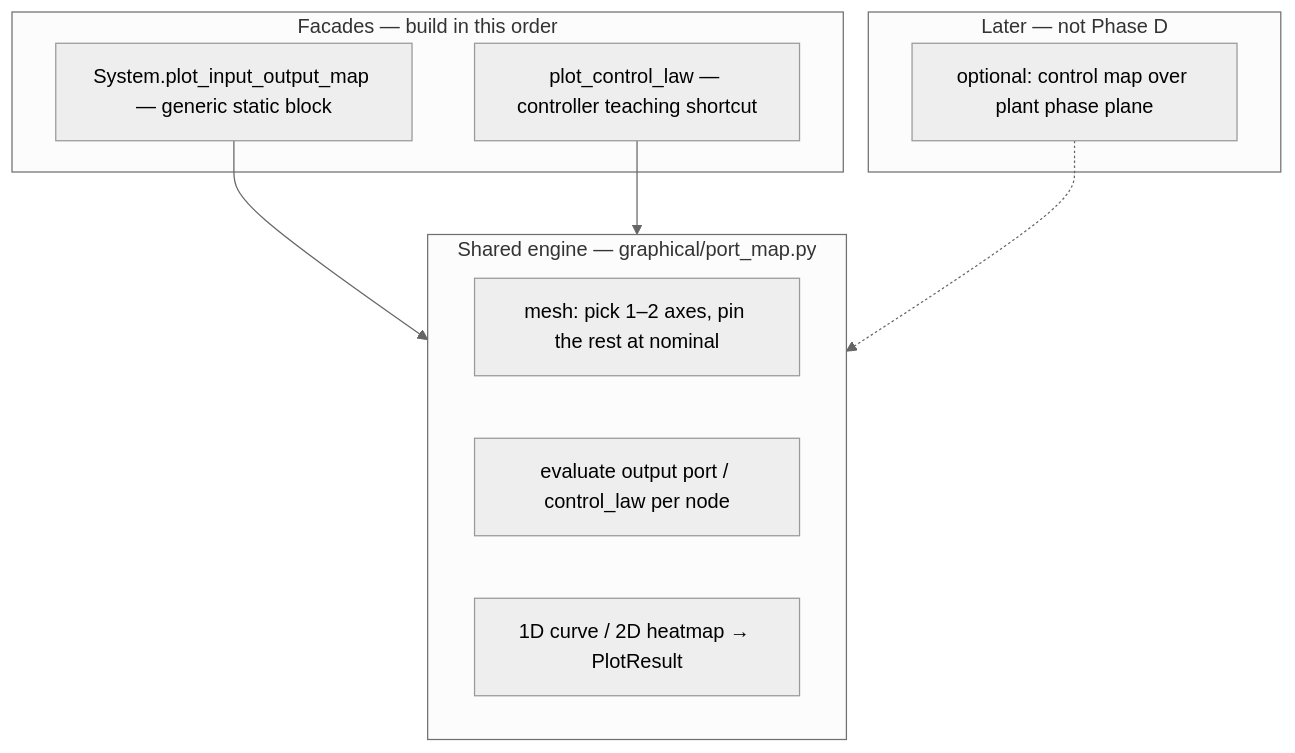
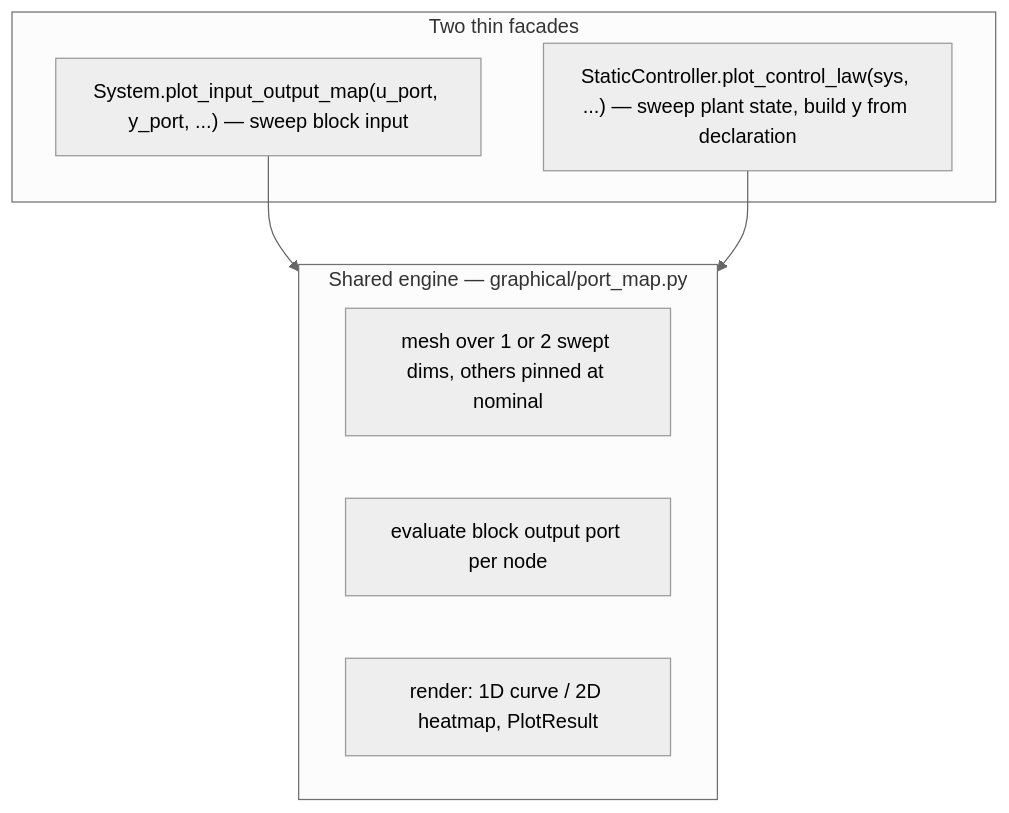
The second of 3 diagrams in docs/plans/control-block-contract.md (alx87grd/minilink), drawn with Mermaid (neutral theme) before and after one commit. The commit also changed other lines of this file, not shown here.

First line of the commit message:
Restore original control-block plan; append review discussion

````diff
--- a/docs/plans/control-block-contract.md
+++ b/docs/plans/control-block-contract.md
@@ -205,18 +209,14 @@
 ```mermaid
 flowchart TB
   subgraph engine [Shared engine — graphical/port_map.py]
-    mesh["mesh: pick 1–2 axes, pin the rest at nominal"]
-    eval["evaluate output port / control_law per node"]
-    render["1D curve / 2D heatmap → PlotResult"]
+    mesh["mesh over 1 or 2 swept dims, others pinned at nominal"]
+    eval["evaluate block output port per node"]
+    render["render: 1D curve / 2D heatmap, PlotResult"]
   end
-  subgraph facades [Facades — build in this order]
-    iomap["System.plot_input_output_map — generic static block"]
-    ctllaw["plot_control_law — controller teaching shortcut"]
-  end
-  subgraph later [Later — not Phase D]
-    overlay["optional: control map over plant phase plane"]
+  subgraph facades [Two thin facades]
+    iomap["System.plot_input_output_map(u_port, y_port, ...) — sweep block input"]
+    ctllaw["StaticController.plot_control_law(sys, ...) — sweep plant state, build y from declaration"]
   end
   iomap --> engine
   ctllaw --> engine
-  overlay -.-> engine
 ```
````
